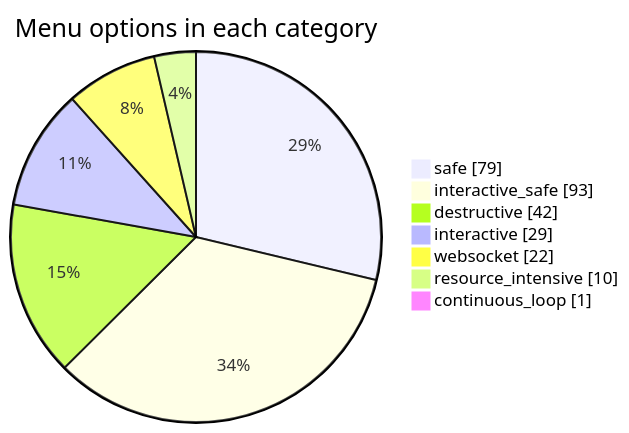
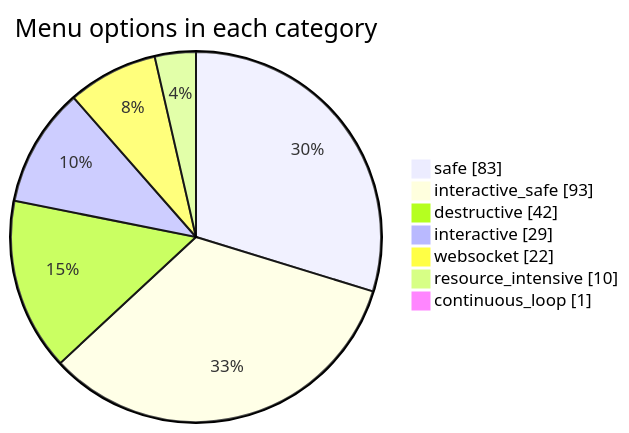
Before and after one commit to jmorrison-juniper/MistHelper: the third of 3 diagrams in documentation/menu-api/README.md, drawn with Mermaid. The commit also changed other lines of this file and 8 other files, not shown here.

````diff
--- a/documentation/menu-api/README.md
+++ b/documentation/menu-api/README.md
@@ -61,11 +61,11 @@
 ```mermaid
 pie showData
     title Menu options in each category
-    "safe" : 79
+    "safe" : 83
     "interactive_safe" : 93
     "destructive" : 42
     "interactive" : 29
     "websocket" : 22
     "resource_intensive" : 10
     "continuous_loop" : 1
 ```
````
